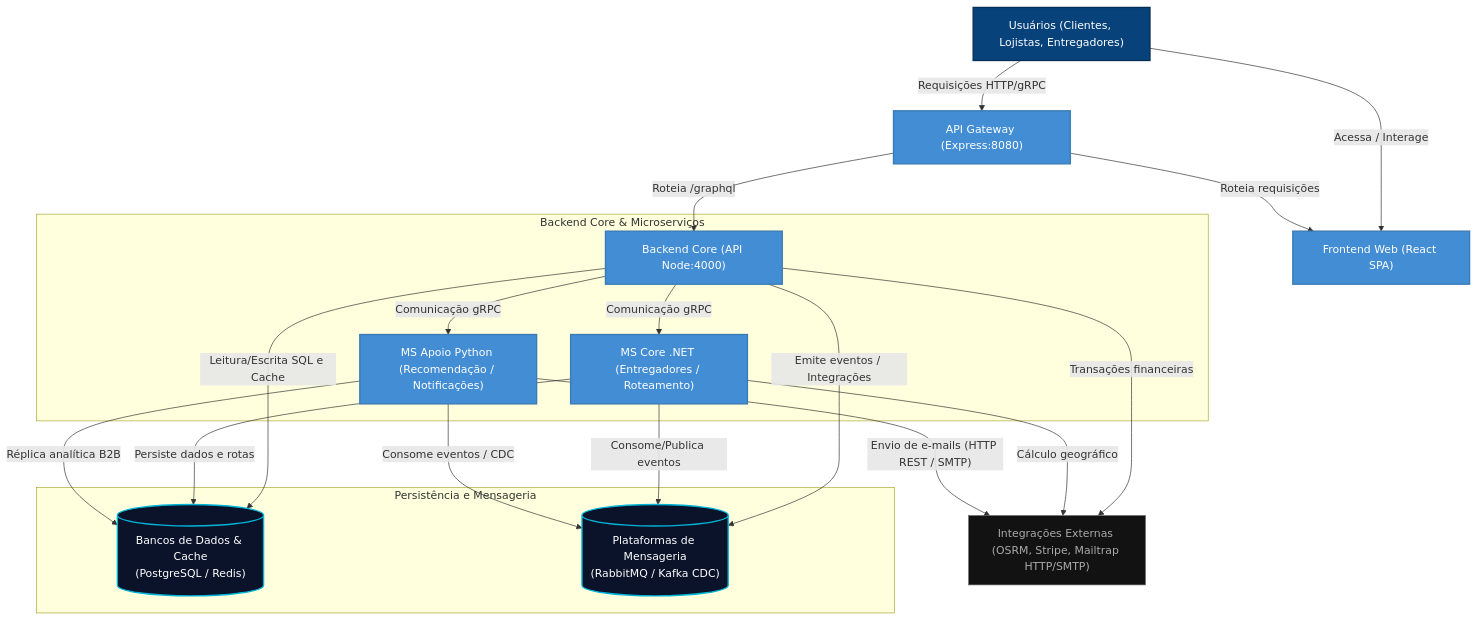
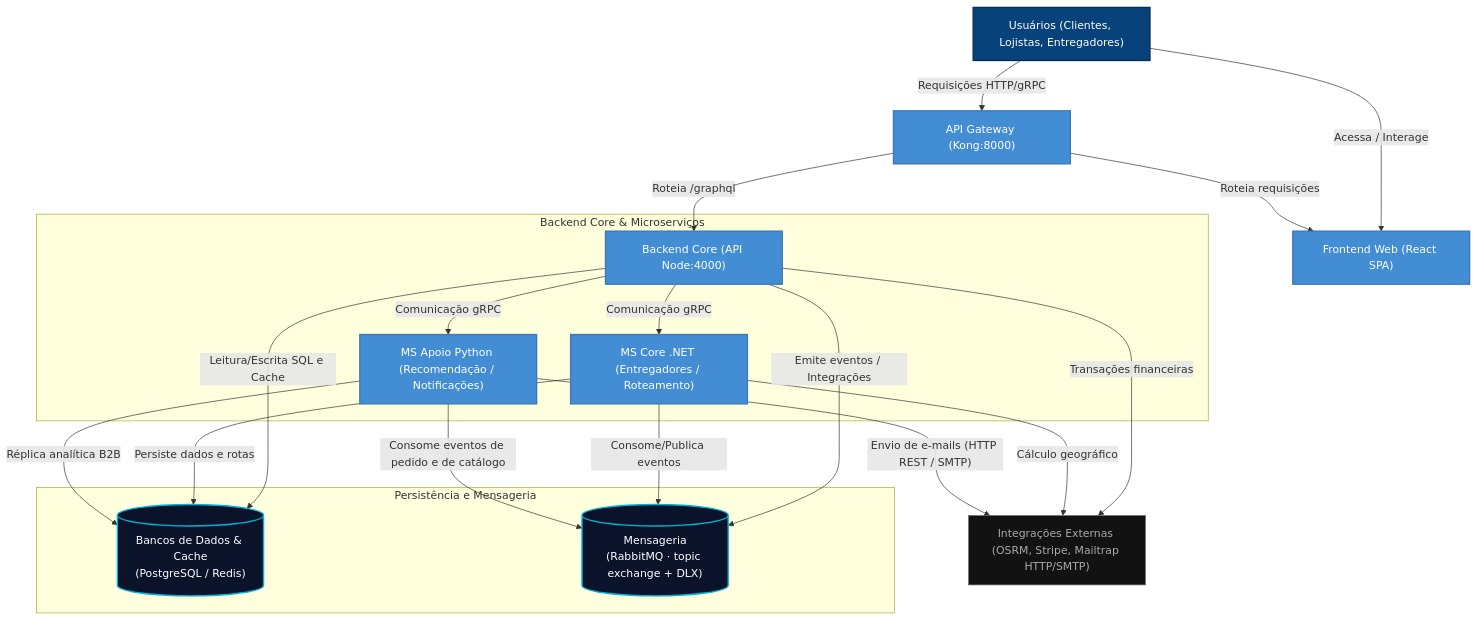
Before and after one commit to arthurair3s/arquitetura-de-software: the second of 3 diagrams in README.md, drawn with Mermaid. The commit also changed other lines of this file and 10 other files, not shown here.

````diff
--- a/README.md
+++ b/README.md
@@ -39,46 +39,46 @@
 ```mermaid
 graph TD
     %% Styling
     classDef client fill:#08427b,stroke:#052e56,stroke-width:2px,color:#fff;
     classDef container fill:#438dd5,stroke:#3b7bb5,stroke-width:2px,color:#fff;
     classDef db fill:#0b132b,stroke:#00b4d8,stroke-width:2px,color:#fff;
     classDef broker fill:#2d1a12,stroke:#f8961e,stroke-width:2px,color:#fff;
     classDef ext fill:#121212,stroke:#666,stroke-width:1px,color:#aaa;
 
     cliente["Usuários (Clientes, Lojistas, Entregadores)"]:::client
-    gateway["API Gateway (Express:8080)"]:::container
+    gateway["API Gateway (Kong:8000)"]:::container
     frontend["Frontend Web (React SPA)"]:::container
 
     subgraph "Backend Core & Microserviços"
         api_node["Backend Core (API Node:4000)"]:::container
         ms_dotnet["MS Core .NET (Entregadores / Roteamento)"]:::container
         ms_python["MS Apoio Python (Recomendação / Notificações)"]:::container
     end
 
     subgraph "Persistência e Mensageria"
         databases[("Bancos de Dados & Cache<br>(PostgreSQL / Redis)")]:::db
-        messaging[("Plataformas de Mensageria<br>(RabbitMQ / Kafka CDC)")]:::db
+        messaging[("Mensageria<br>(RabbitMQ · topic exchange + DLX)")]:::db
     end
 
     ext["Integrações Externas (OSRM, Stripe, Mailtrap HTTP/SMTP)"]:::ext
 
     %% Flows
     cliente -->|Acessa / Interage| frontend
     cliente -->|Requisições HTTP/gRPC| gateway
     gateway -->|Roteia requisições| frontend
     gateway -->|Roteia /graphql| api_node
 
     api_node -->|Comunicação gRPC| ms_dotnet
     api_node -->|Comunicação gRPC| ms_python
     api_node -->|Leitura/Escrita SQL e Cache| databases
     api_node -->|Emite eventos / Integrações| messaging
     api_node -->|Transações financeiras| ext
 
     ms_dotnet -->|Persiste dados e rotas| databases
     ms_dotnet -->|Consome/Publica eventos| messaging
     ms_dotnet -->|Cálculo geográfico| ext
 
     ms_python -->|Réplica analítica B2B| databases
-    ms_python -->|Consome eventos / CDC| messaging
+    ms_python -->|Consome eventos de pedido e de catálogo| messaging
     ms_python -->|"Envio de e-mails (HTTP REST / SMTP)"| ext
 ```
````
